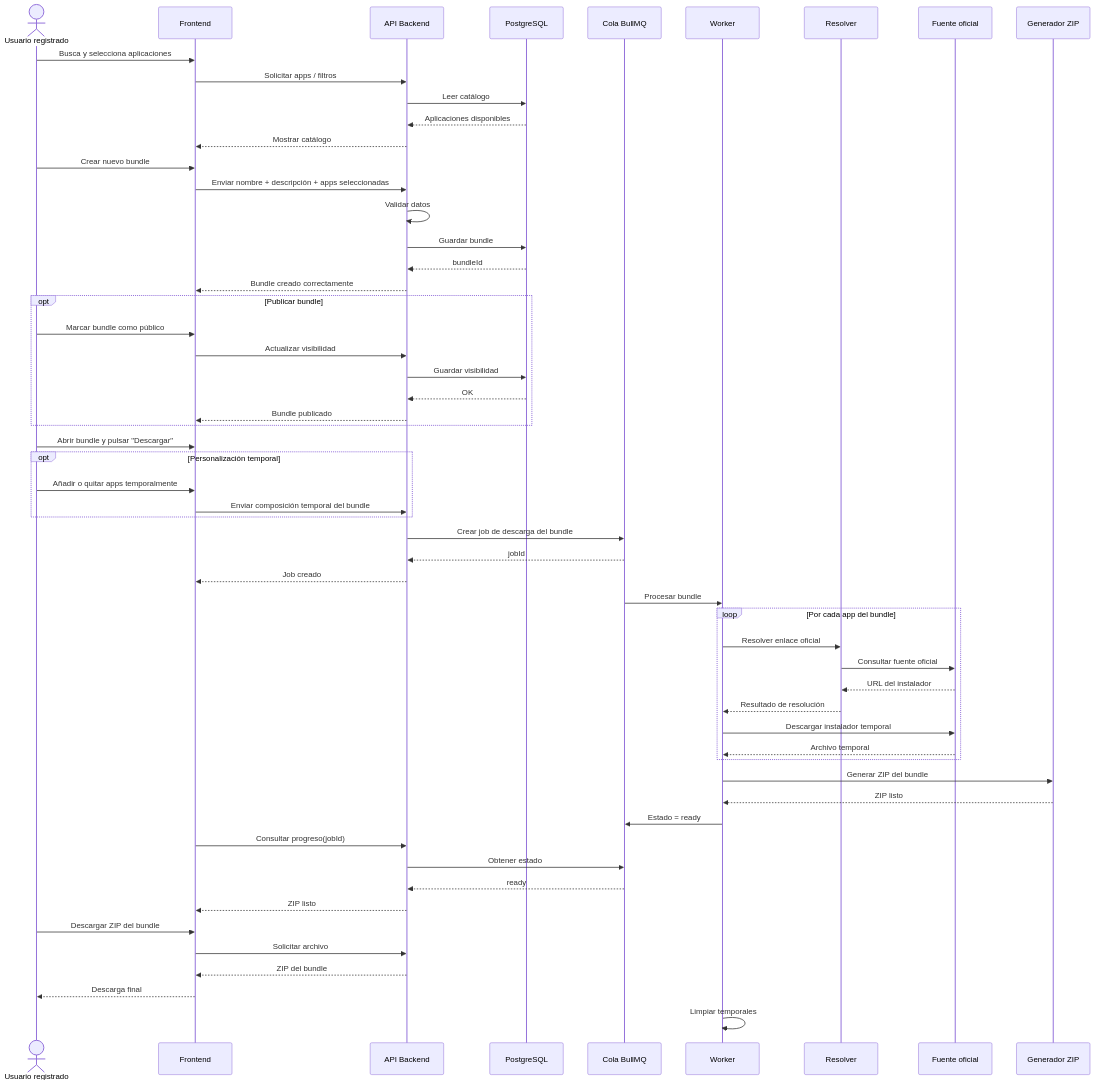
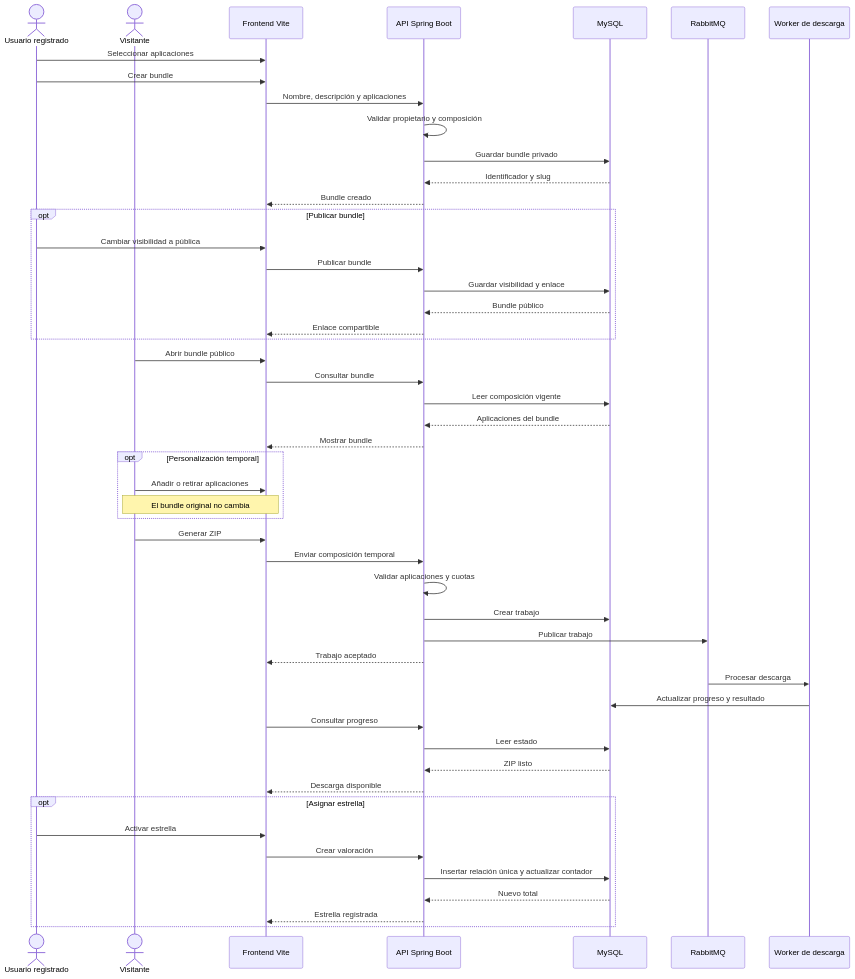
The diagram in assets/sequenceDiagram_bundles.mmd (Joseleelsuper/Batch-Downloader-Memoria), drawn with Mermaid before and after one commit. The commit also changed 7 other files, not shown here.

Commit message:
Modificados diagramas de secuencia y configuraciones de Puppeteer y Mermaid para reflejar cambios en la arquitectura y herramientas utilizadas.

```diff
--- a/assets/sequenceDiagram_bundles.mmd
+++ b/assets/sequenceDiagram_bundles.mmd
@@ -1,67 +1,57 @@
 sequenceDiagram
     actor U as Usuario registrado
-    participant F as Frontend
-    participant A as API Backend
-    participant DB as PostgreSQL
-    participant Q as Cola BullMQ
-    participant W as Worker
-    participant R as Resolver
-    participant O as Fuente oficial
-    participant Z as Generador ZIP
+    actor V as Visitante
+    participant F as Frontend Vite
+    participant A as API Spring Boot
+    participant DB as MySQL
+    participant Q as RabbitMQ
+    participant W as Worker de descarga
 
-    U->>F: Busca y selecciona aplicaciones
-    F->>A: Solicitar apps / filtros
-    A->>DB: Leer catálogo
-    DB-->>A: Aplicaciones disponibles
-    A-->>F: Mostrar catálogo
-
-    U->>F: Crear nuevo bundle
-    F->>A: Enviar nombre + descripción + apps seleccionadas
-    A->>A: Validar datos
-    A->>DB: Guardar bundle
-    DB-->>A: bundleId
-    A-->>F: Bundle creado correctamente
+    U->>F: Seleccionar aplicaciones
+    U->>F: Crear bundle
+    F->>A: Nombre, descripción y aplicaciones
+    A->>A: Validar propietario y composición
+    A->>DB: Guardar bundle privado
+    DB-->>A: Identificador y slug
+    A-->>F: Bundle creado
 
     opt Publicar bundle
-        U->>F: Marcar bundle como público
-        F->>A: Actualizar visibilidad
-        A->>DB: Guardar visibilidad
-        DB-->>A: OK
-        A-->>F: Bundle publicado
+        U->>F: Cambiar visibilidad a pública
+        F->>A: Publicar bundle
+        A->>DB: Guardar visibilidad y enlace
+        DB-->>A: Bundle público
+        A-->>F: Enlace compartible
     end
 
-    U->>F: Abrir bundle y pulsar "Descargar"
+    V->>F: Abrir bundle público
+    F->>A: Consultar bundle
+    A->>DB: Leer composición vigente
+    DB-->>A: Aplicaciones del bundle
+    A-->>F: Mostrar bundle
+
     opt Personalización temporal
-        U->>F: Añadir o quitar apps temporalmente
-        F->>A: Enviar composición temporal del bundle
+        V->>F: Añadir o retirar aplicaciones
+        Note over V,F: El bundle original no cambia
     end
 
-    A->>Q: Crear job de descarga del bundle
-    Q-->>A: jobId
-    A-->>F: Job creado
+    V->>F: Generar ZIP
+    F->>A: Enviar composición temporal
+    A->>A: Validar aplicaciones y cuotas
+    A->>DB: Crear trabajo
+    A->>Q: Publicar trabajo
+    A-->>F: Trabajo aceptado
 
-    Q->>W: Procesar bundle
-    loop Por cada app del bundle
-        W->>R: Resolver enlace oficial
-        R->>O: Consultar fuente oficial
-        O-->>R: URL del instalador
-        R-->>W: Resultado de resolución
-        W->>O: Descargar instalador temporal
-        O-->>W: Archivo temporal
+    Q->>W: Procesar descarga
+    W->>DB: Actualizar progreso y resultado
+    F->>A: Consultar progreso
+    A->>DB: Leer estado
+    DB-->>A: ZIP listo
+    A-->>F: Descarga disponible
+
+    opt Asignar estrella
+        U->>F: Activar estrella
+        F->>A: Crear valoración
+        A->>DB: Insertar relación única y actualizar contador
+        DB-->>A: Nuevo total
+        A-->>F: Estrella registrada
     end
-
-    W->>Z: Generar ZIP del bundle
-    Z-->>W: ZIP listo
-    W->>Q: Estado = ready
-
-    F->>A: Consultar progreso(jobId)
-    A->>Q: Obtener estado
-    Q-->>A: ready
-    A-->>F: ZIP listo
-
-    U->>F: Descargar ZIP del bundle
-    F->>A: Solicitar archivo
-    A-->>F: ZIP del bundle
-    F-->>U: Descarga final
-
-    W->>W: Limpiar temporales
```
